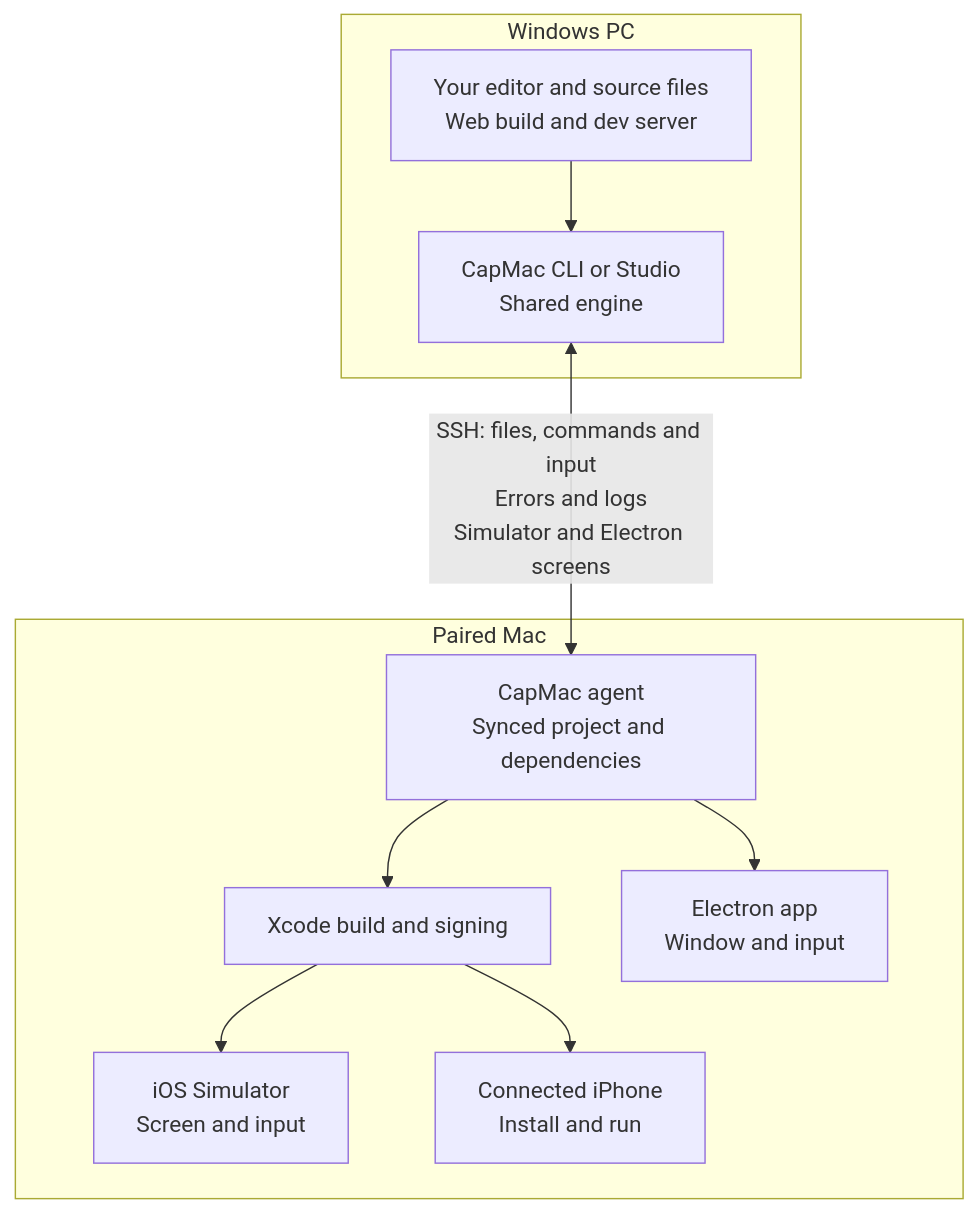
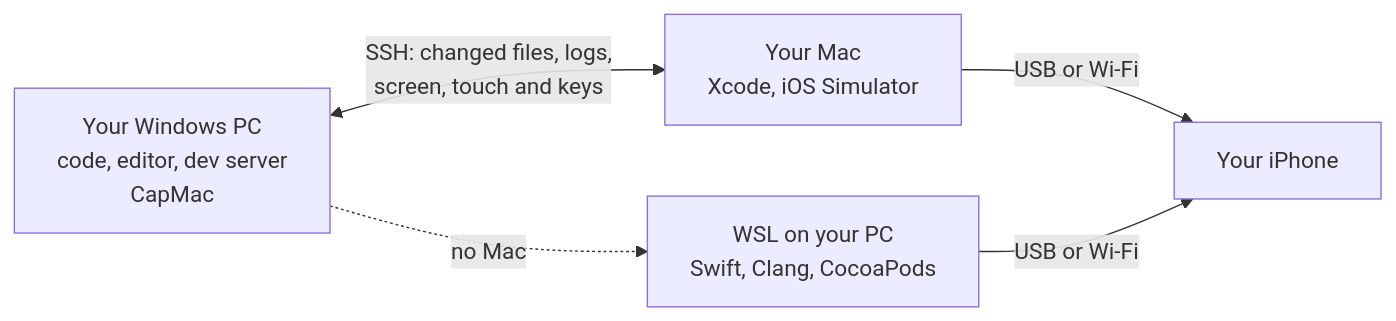
Before and after one commit to dotnetdreamer/capmac: the diagram in README.md, drawn with Mermaid. The commit also changed other lines of this file and 4 other files, not shown here.

````diff
--- a/README.md
+++ b/README.md
@@ -45,22 +128,11 @@
 ```mermaid
-flowchart TB
-    subgraph pc["Windows PC"]
-        workspace["Your editor and source files<br/>Web build and dev server"]
-        client["CapMac CLI or Studio<br/>Shared engine"]
-        workspace --> client
-    end
-
-    subgraph mac["Paired Mac"]
-        agent["CapMac agent<br/>Synced project and dependencies"]
-        xcode["Xcode build and signing"]
-        simulator["iOS Simulator<br/>Screen and input"]
-        iphone["Connected iPhone<br/>Install and run"]
-        electron["Electron app<br/>Window and input"]
-        agent --> xcode
-        xcode --> simulator
-        xcode --> iphone
-        agent --> electron
-    end
-
-    client <-->|"SSH: files, commands and input<br/>Errors and logs<br/>Simulator and Electron screens"| agent
+flowchart LR
+    pc["Your Windows PC<br/>code, editor, dev server<br/>CapMac"]
+    mac["Your Mac<br/>Xcode, iOS Simulator"]
+    wsl["WSL on your PC<br/>Swift, Clang, CocoaPods"]
+    phone["Your iPhone"]
+    pc <-->|"SSH: changed files, logs,<br/>screen, touch and keys"| mac
+    mac -->|"USB or Wi-Fi"| phone
+    pc -.->|"no Mac"| wsl
+    wsl -->|"USB or Wi-Fi"| phone
 ```
````
